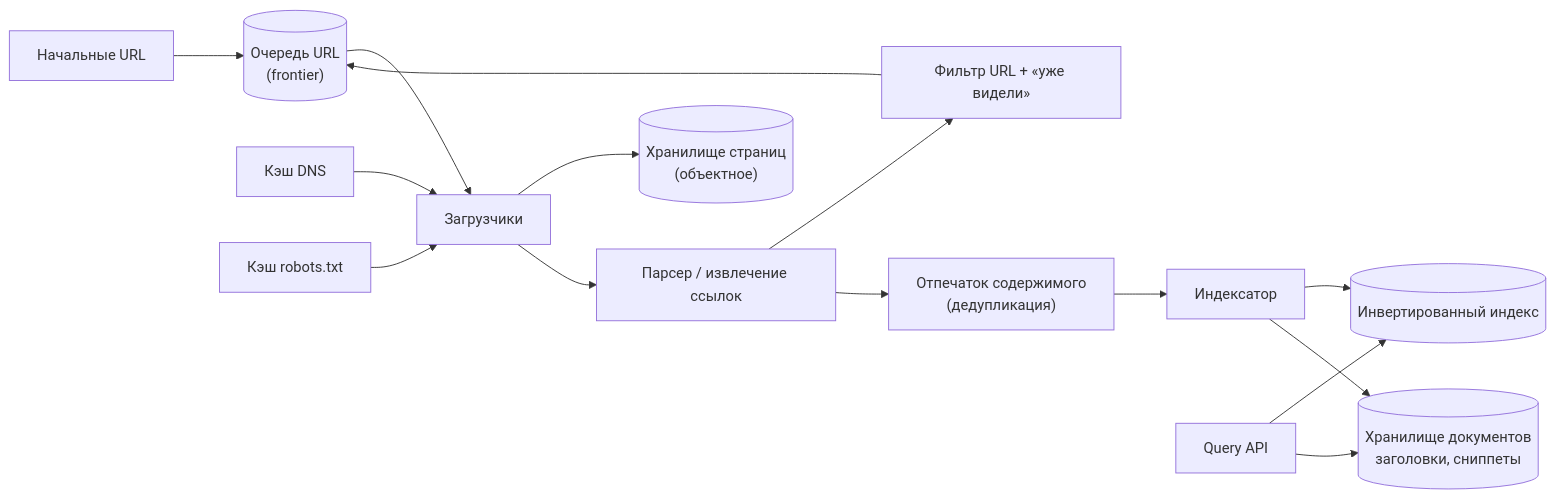
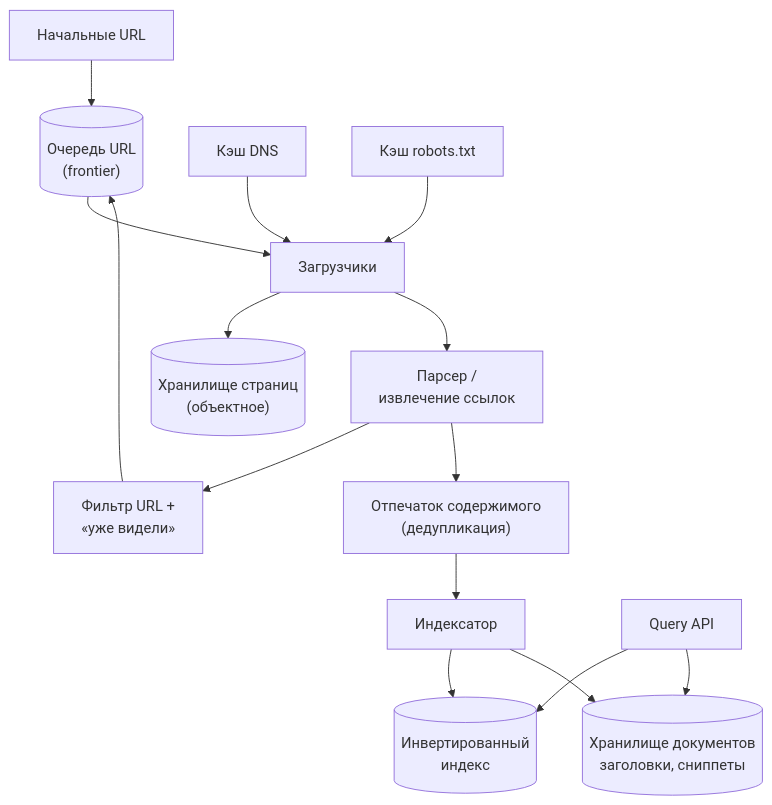
The first of 3 diagrams in src/content/docs/ru/practice/web-crawler.mdx (butyavk/system-design), drawn with Mermaid before and after one commit. The commit also changed other lines of this file and 144 other files, not shown here.

````diff
--- a/src/content/docs/ru/practice/web-crawler.mdx
+++ b/src/content/docs/ru/practice/web-crawler.mdx
@@ -69,17 +69,17 @@
 ```mermaid
-flowchart LR
+flowchart TB
   seeds["Начальные URL"] --> frontier[("Очередь URL<br/>(frontier)")]
   frontier --> fetcher["Загрузчики"]
   dns["Кэш DNS"] --> fetcher
   robots["Кэш robots.txt"] --> fetcher
   fetcher --> store[("Хранилище страниц<br/>(объектное)")]
-  fetcher --> parser["Парсер / извлечение ссылок"]
-  parser --> dedup["Фильтр URL + «уже видели»"]
+  fetcher --> parser["Парсер /<br/>извлечение ссылок"]
+  parser --> dedup["Фильтр URL +<br/>«уже видели»"]
   dedup --> frontier
   parser --> content["Отпечаток содержимого<br/>(дедупликация)"]
   content --> indexer["Индексатор"]
-  indexer --> index[("Инвертированный индекс")]
+  indexer --> index[("Инвертированный<br/>индекс")]
   indexer --> docs[("Хранилище документов<br/>заголовки, сниппеты")]
   query["Query API"] --> index
   query --> docs
 ```
````
